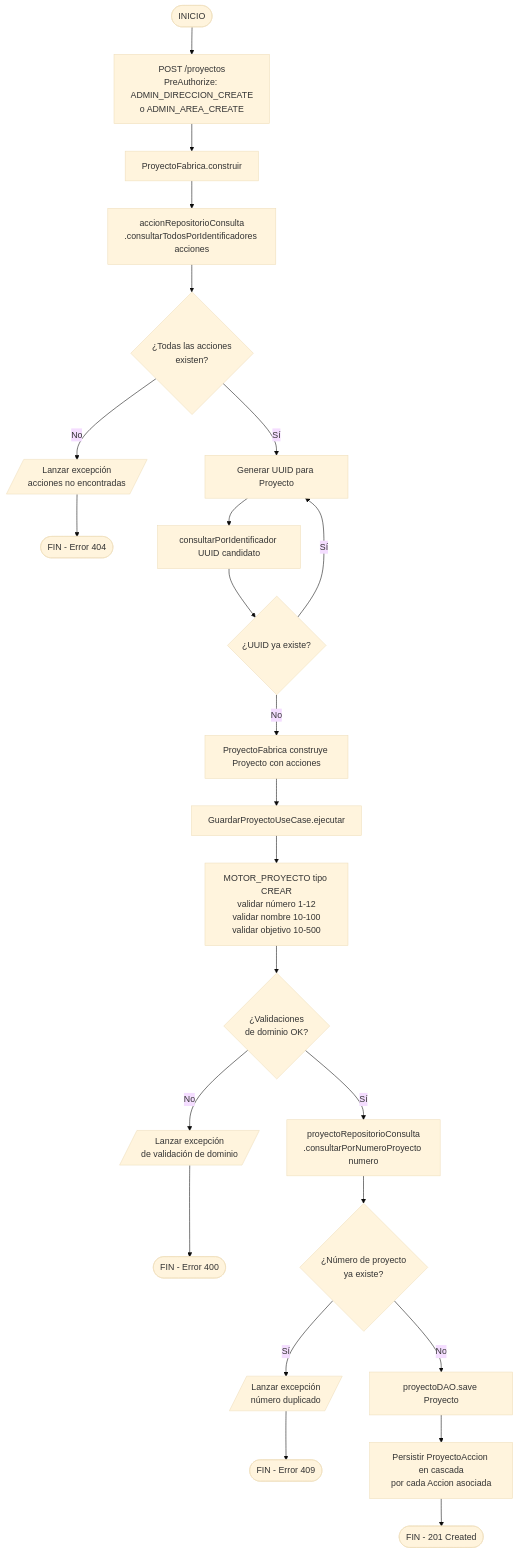
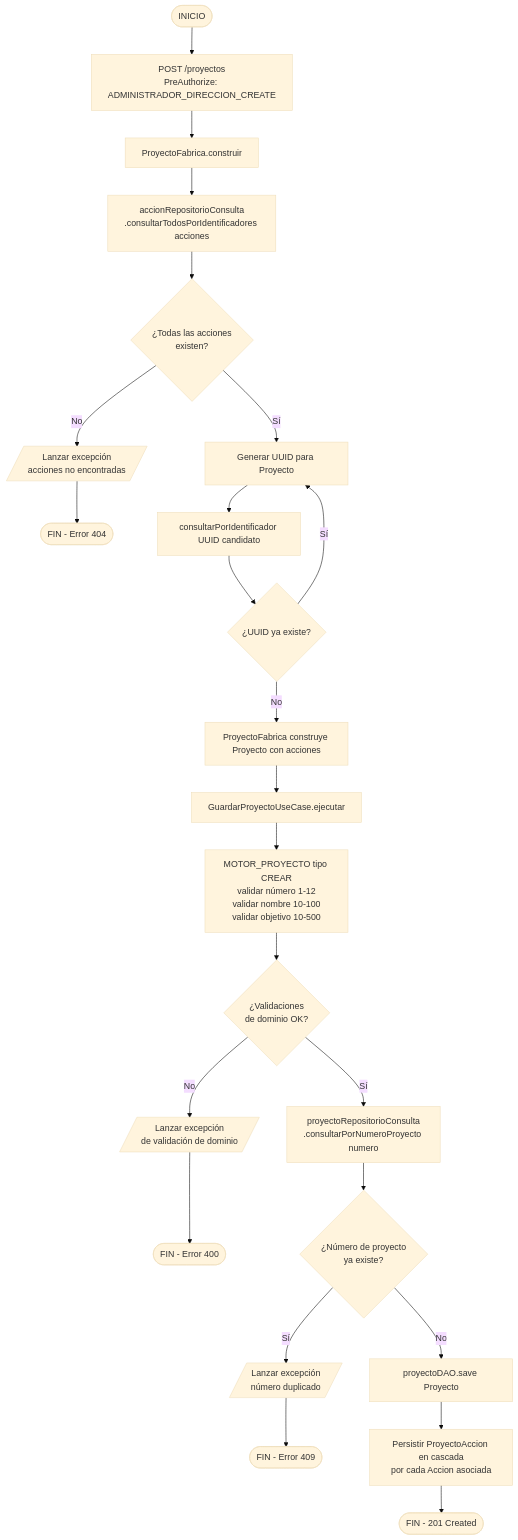
One commit to sibeuco/DocumentacionSibe changed diagram 11 of 22 in docs/artifacts/17.flujo_de_transacciones_en_diagramas_de_actividades.md. Above: the diagram before and after it, drawn with Mermaid (base theme). The commit also changed other lines of this file and 9 other files, not shown here.

````diff
--- a/docs/artifacts/17.flujo_de_transacciones_en_diagramas_de_actividades.md
+++ b/docs/artifacts/17.flujo_de_transacciones_en_diagramas_de_actividades.md
@@ -584,26 +582,26 @@
 ```mermaid
 flowchart TD
-    A([INICIO]) --> B[POST /proyectos\nPreAuthorize: ADMIN_DIRECCION_CREATE\no ADMIN_AREA_CREATE]
+    A([INICIO]) --> B["POST /proyectos\nPreAuthorize: ADMINISTRADOR_DIRECCION_CREATE"]
     B --> C[ProyectoFabrica.construir]
     C --> D[accionRepositorioConsulta\n.consultarTodosPorIdentificadores acciones]
     D --> E{¿Todas las acciones\nexisten?}
     E -- No --> ERR0[/Lanzar excepción\nacciones no encontradas/]
     ERR0 --> Z0([FIN - Error 404])
     E -- Sí --> F[Generar UUID para Proyecto]
     F --> G[consultarPorIdentificador UUID candidato]
     G --> H{¿UUID ya existe?}
     H -- Sí --> F
     H -- No --> I[ProyectoFabrica construye Proyecto con acciones]
     I --> J[GuardarProyectoUseCase.ejecutar]
     J --> K[MOTOR_PROYECTO tipo CREAR\nvalidar número 1-12\nvalidar nombre 10-100\nvalidar objetivo 10-500]
     K --> L{¿Validaciones\nde dominio OK?}
     L -- No --> ERR1[/Lanzar excepción\nde validación de dominio/]
     ERR1 --> Z([FIN - Error 400])
     L -- Sí --> M[proyectoRepositorioConsulta\n.consultarPorNumeroProyecto numero]
     M --> N{¿Número de proyecto\nya existe?}
     N -- Sí --> ERR2[/Lanzar excepción\nnúmero duplicado/]
     ERR2 --> Z2([FIN - Error 409])
     N -- No --> O[proyectoDAO.save Proyecto]
     O --> P[Persistir ProyectoAccion en cascada\npor cada Accion asociada]
     P --> Q([FIN - 201 Created])
 ```
````
